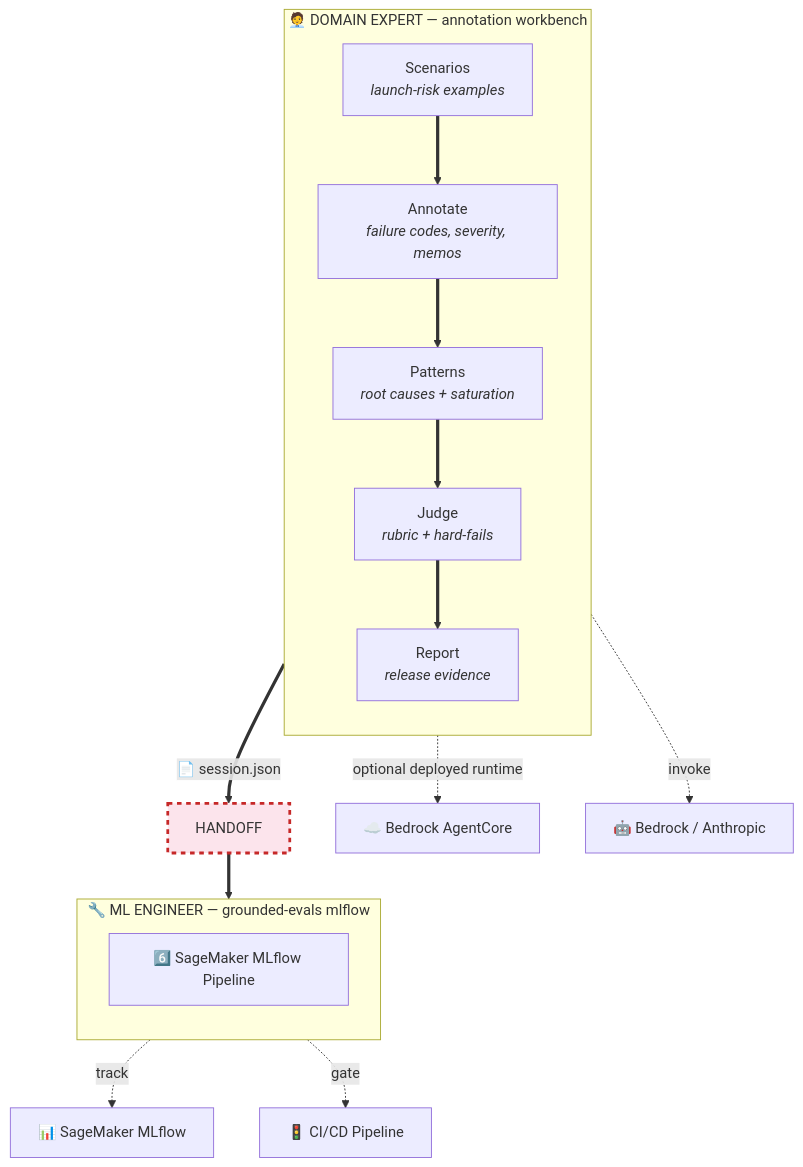
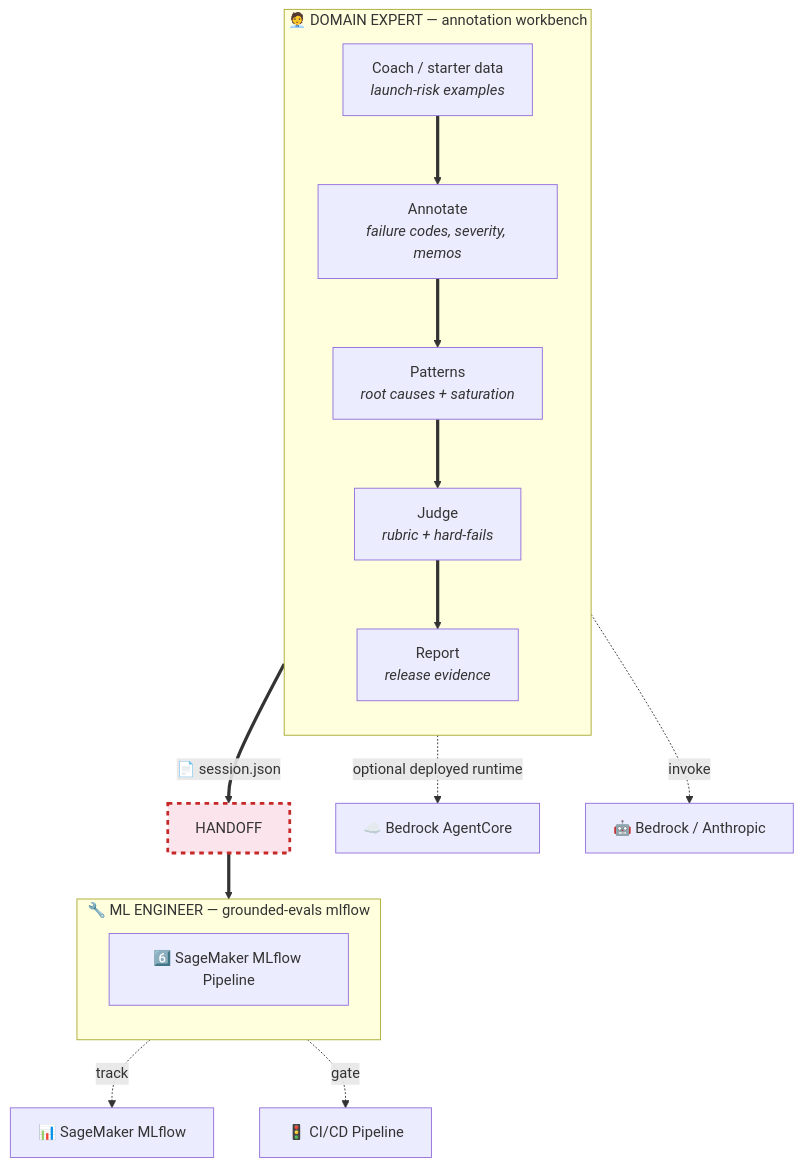
The first of 3 diagrams in README.md (aws-samples/sample-GEDD), drawn with Mermaid before and after one commit. The commit also changed other lines of this file, not shown here.

Commit message:
Update README for AI PM flow

````diff
--- a/README.md
+++ b/README.md
@@ -74,28 +74,28 @@
 ```mermaid
 flowchart TD
     subgraph DE["🧑‍💼 DOMAIN EXPERT — annotation workbench"]
         direction TB
-        SCENARIOS["Scenarios<br/><i>launch-risk examples</i>"]
+        SCENARIOS["Coach / starter data<br/><i>launch-risk examples</i>"]
         ANNOTATE["Annotate<br/><i>failure codes, severity, memos</i>"]
         PATTERNS["Patterns<br/><i>root causes + saturation</i>"]
         JUDGE["Judge<br/><i>rubric + hard-fails</i>"]
         REPORT["Report<br/><i>release evidence</i>"]
         SCENARIOS ==> ANNOTATE ==> PATTERNS ==> JUDGE ==> REPORT
     end
 
     REPORT ==>|"📄 session.json"| HANDOFF:::handoff
 
     HANDOFF ==> S6
 
     subgraph ML["🔧 ML ENGINEER — grounded-evals mlflow"]
         direction TB
         S6["6️⃣ SageMaker MLflow Pipeline"]
     end
 
     SCENARIOS -.->|"optional deployed runtime"| AC["☁️ Bedrock AgentCore"]
     ANNOTATE -.->|"invoke"| BR["🤖 Bedrock / Anthropic"]
     S6 -.->|"track"| SM["📊 SageMaker MLflow"]
     S6 -.->|"gate"| CI["🚦 CI/CD Pipeline"]
 
     classDef handoff fill:#fce4ec,stroke:#c62828,stroke-width:3px,stroke-dasharray: 5 5
 ```
````
